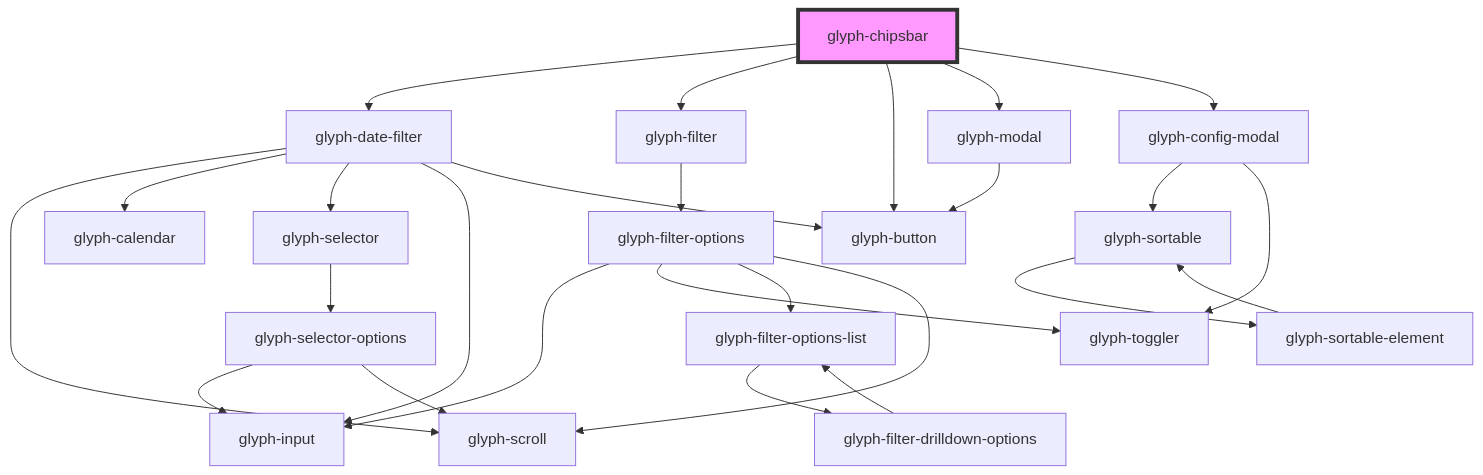
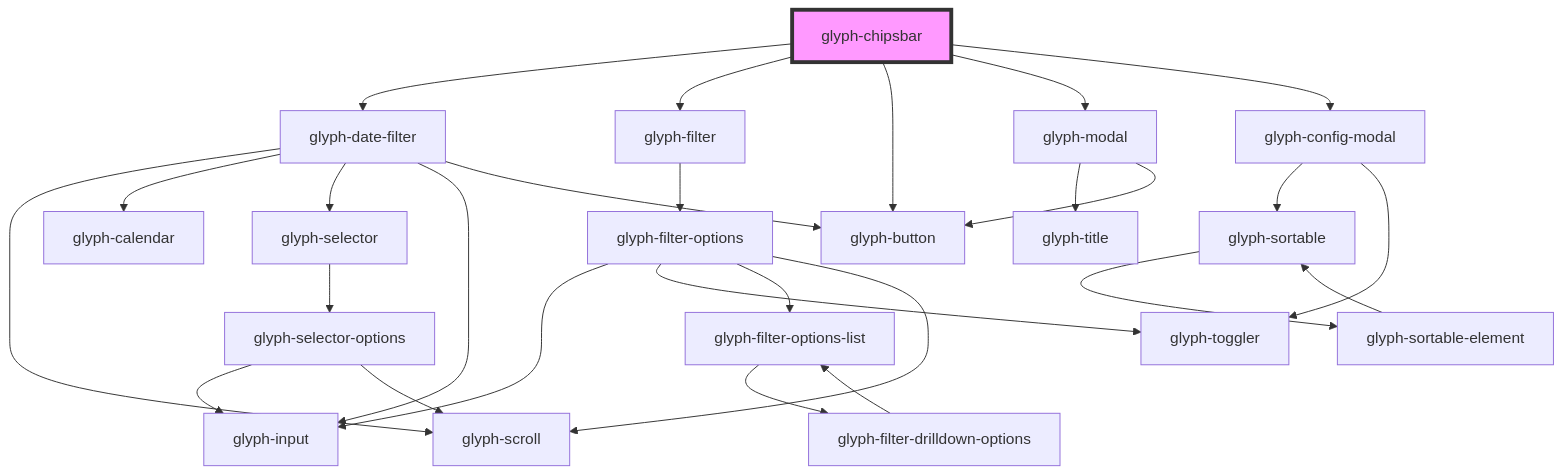
One commit to adrianiy/synth-ui changed the diagram in packages/glyph-components/src/components/layouts/chipsbar/readme.md. Above: the diagram before and after it, drawn with Mermaid. The commit also changed 8 other files, not shown here.

````diff
--- a/packages/glyph-components/src/components/layouts/chipsbar/readme.md
+++ b/packages/glyph-components/src/components/layouts/chipsbar/readme.md
@@ -41,29 +41,30 @@
 ```mermaid
 graph TD;
   glyph-chipsbar --> glyph-date-filter
   glyph-chipsbar --> glyph-filter
   glyph-chipsbar --> glyph-button
   glyph-chipsbar --> glyph-modal
   glyph-chipsbar --> glyph-config-modal
   glyph-date-filter --> glyph-scroll
   glyph-date-filter --> glyph-calendar
   glyph-date-filter --> glyph-selector
   glyph-date-filter --> glyph-input
   glyph-date-filter --> glyph-button
   glyph-selector --> glyph-selector-options
   glyph-selector-options --> glyph-input
   glyph-selector-options --> glyph-scroll
   glyph-filter --> glyph-filter-options
   glyph-filter-options --> glyph-input
   glyph-filter-options --> glyph-toggler
   glyph-filter-options --> glyph-filter-options-list
   glyph-filter-options --> glyph-scroll
   glyph-filter-options-list --> glyph-filter-drilldown-options
   glyph-filter-drilldown-options --> glyph-filter-options-list
+  glyph-modal --> glyph-title
   glyph-modal --> glyph-button
   glyph-config-modal --> glyph-sortable
   glyph-config-modal --> glyph-toggler
   glyph-sortable --> glyph-sortable-element
   glyph-sortable-element --> glyph-sortable
   style glyph-chipsbar fill:#f9f,stroke:#333,stroke-width:4px
 ```
````
